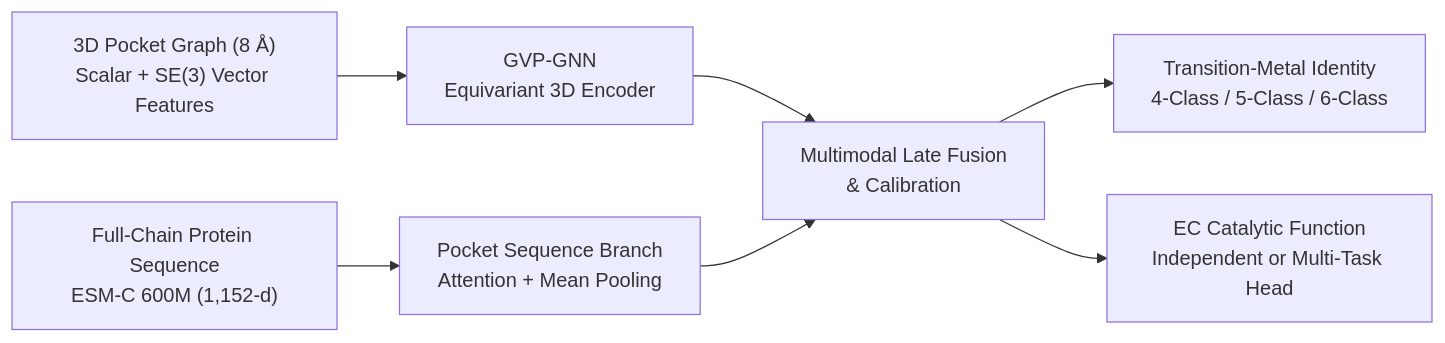
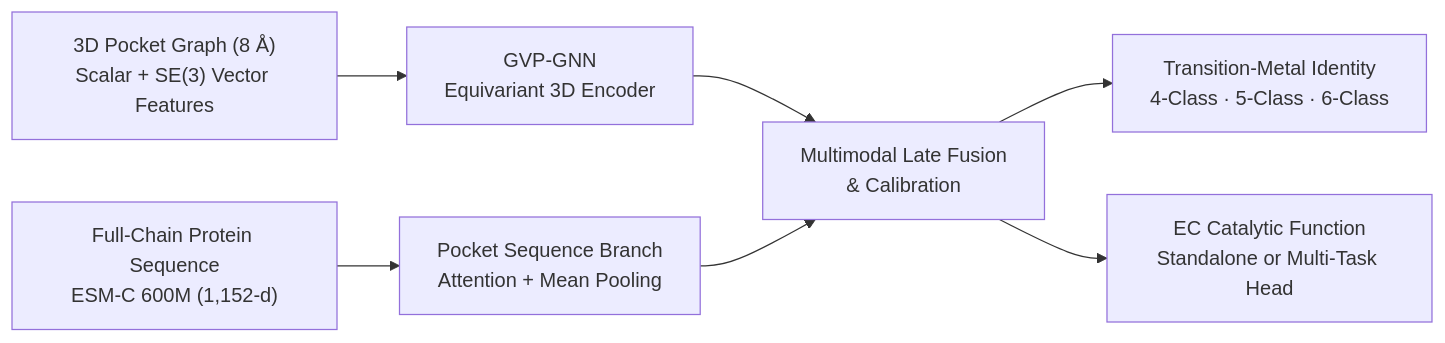
Before and after one commit to MECHTI1/DeepMzyme: the diagram in README.md, drawn with Mermaid. The commit also changed other lines of this file and 16 other files, not shown here.

Commit message:
docs: upgrade figure labels, fix GitHub LaTeX rendering in README, and add modality ablation SVG

````diff
--- a/README.md
+++ b/README.md
@@ -30,9 +30,9 @@
 ```mermaid
 flowchart LR
-    Pocket["3D Pocket Graph (8 Å)\nScalar + SE(3) Vector Features"] --> GVP["GVP-GNN\nEquivariant 3D Encoder"]
-    Seq["Full-Chain Protein Sequence\nESM-C 600M (1,152-d)"] --> ESM["Pocket Sequence Branch\nAttention + Mean Pooling"]
-    GVP --> Fusion["Multimodal Late Fusion\n& Calibration"]
+    Pocket["3D Pocket Graph (8 Å)<br/>Scalar + SE(3) Vector Features"] --> GVP["GVP-GNN<br/>Equivariant 3D Encoder"]
+    Seq["Full-Chain Protein Sequence<br/>ESM-C 600M (1,152-d)"] --> ESM["Pocket Sequence Branch<br/>Attention + Mean Pooling"]
+    GVP --> Fusion["Multimodal Late Fusion<br/>& Calibration"]
     ESM --> Fusion
-    Fusion --> Metal["Transition-Metal Identity\n4-Class / 5-Class / 6-Class"]
-    Fusion --> EC["EC Catalytic Function\nIndependent or Multi-Task Head"]
+    Fusion --> Metal["Transition-Metal Identity<br/>4-Class · 5-Class · 6-Class"]
+    Fusion --> EC["EC Catalytic Function<br/>Standalone or Multi-Task Head"]
 ```
````
